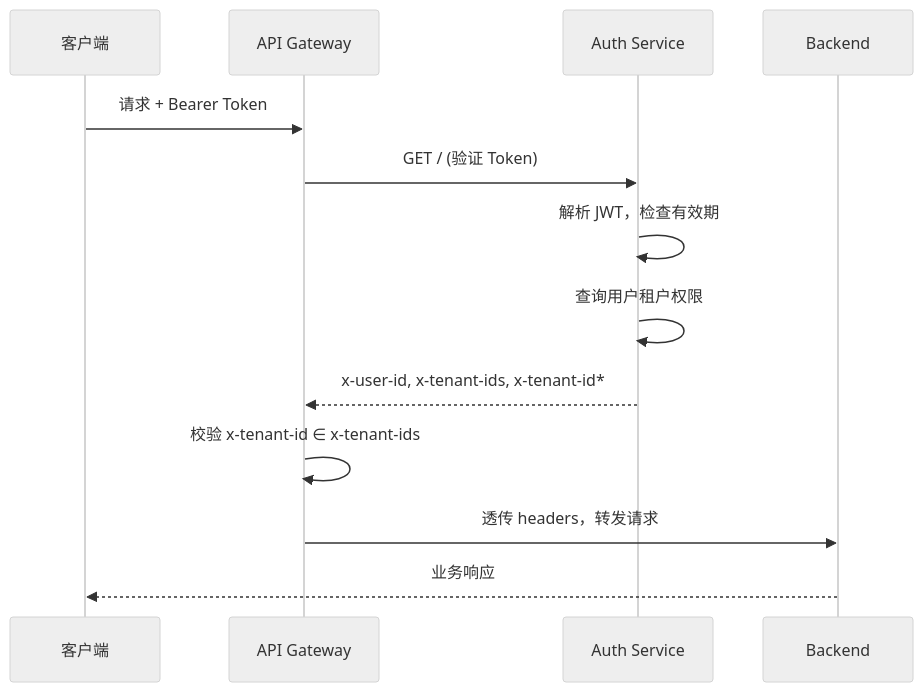
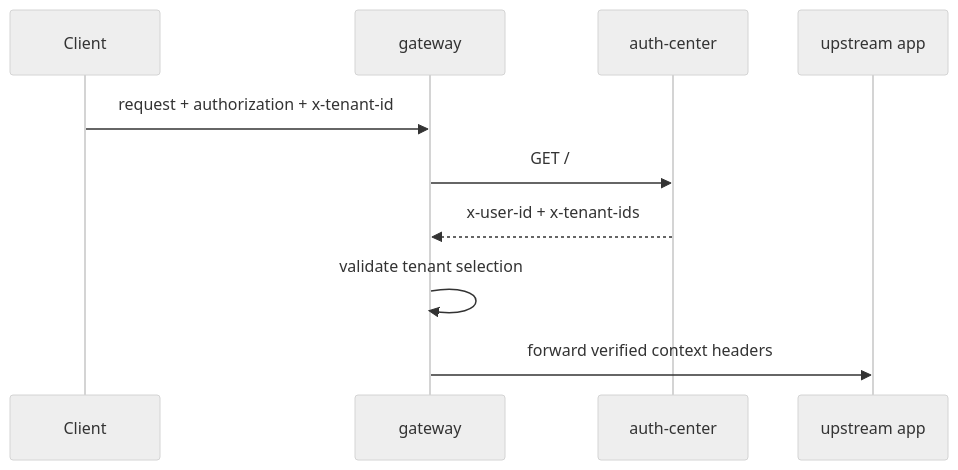
Before and after one commit to ArchAIHarness/auth-center: the second of 2 diagrams in README.md, drawn with Mermaid (neutral theme). The commit also changed other lines of this file and 4 other files, not shown here.

````diff
--- a/README.md
+++ b/README.md
@@ -92,15 +64,12 @@
 ```mermaid
 sequenceDiagram
-    participant Client as 客户端
-    participant Gateway as API Gateway
-    participant Auth as Auth Service
-
-    Client->>Gateway: 请求 + Bearer Token
-    Gateway->>Auth: GET / (验证 Token)
-    Auth->>Auth: 解析 JWT，检查有效期
-    Auth->>Auth: 查询用户租户权限
-    Auth-->>Gateway: x-user-id, x-tenant-ids, x-tenant-id*
-    Gateway->>Gateway: 校验 x-tenant-id ∈ x-tenant-ids
-    Gateway->>Backend: 透传 headers，转发请求
-    Backend-->>Client: 业务响应
+    participant Client as Client
+    participant Gateway as gateway
+    participant Auth as auth-center
+    participant App as upstream app
+    Client->>Gateway: request + authorization + x-tenant-id
+    Gateway->>Auth: GET /
+    Auth-->>Gateway: x-user-id + x-tenant-ids
+    Gateway->>Gateway: validate tenant selection
+    Gateway->>App: forward verified context headers
 ```
````
